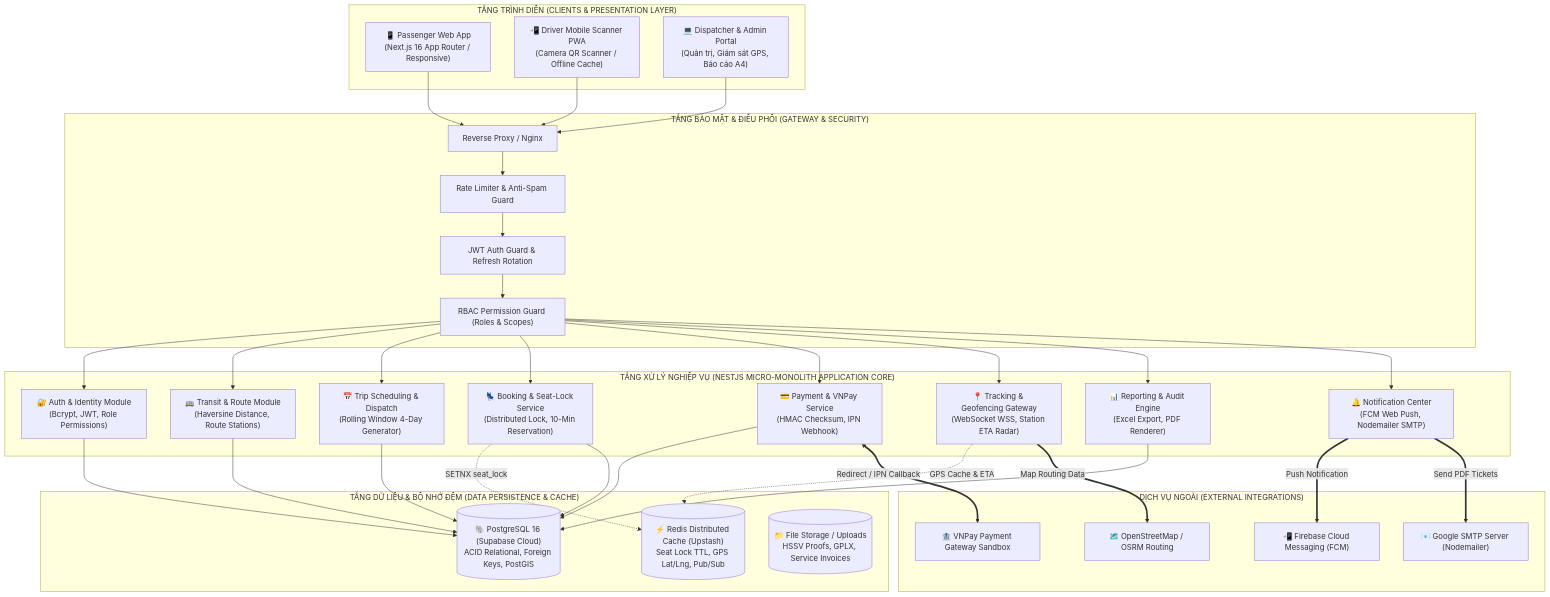
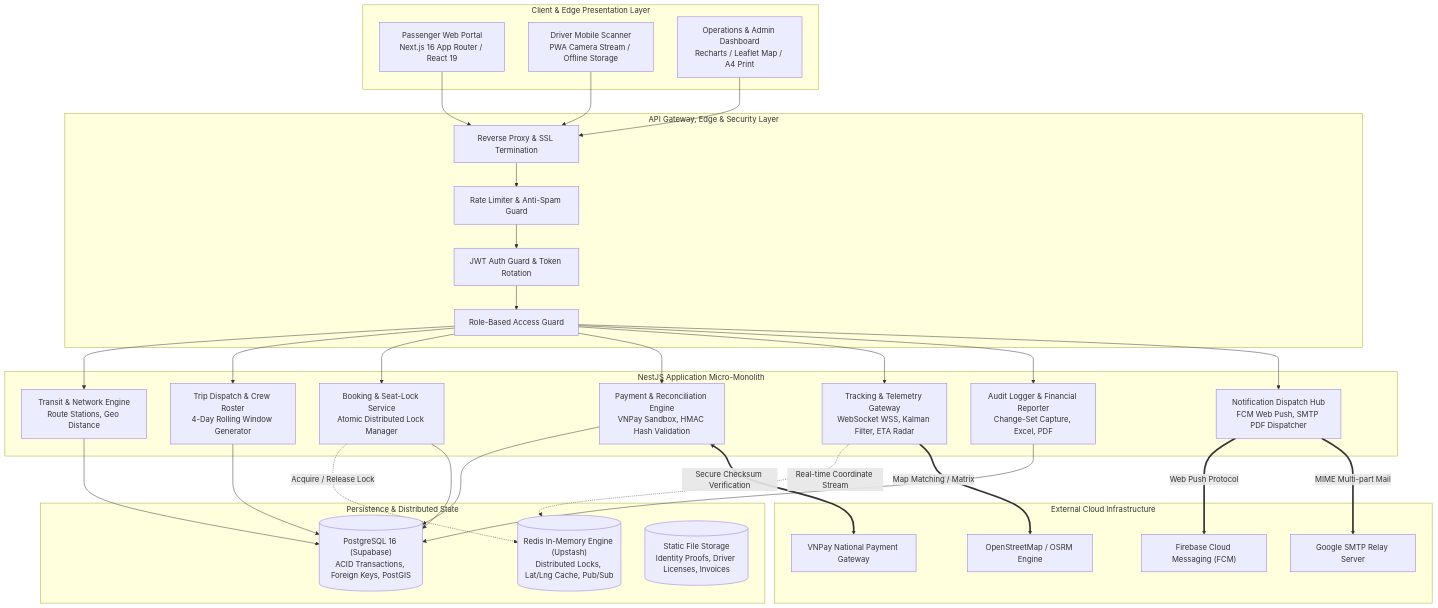
One commit to tubanhoa/QLy_V-_Xe_Bu-t_Th-ng_Minh changed the first of 6 diagrams in README.md. Above: the diagram before and after it, drawn with Mermaid. The commit also changed other lines of this file, not shown here.

Commit message:
docs: standardize README.md with enterprise-grade mathematical specs, C4 diagrams and zero emojis

````diff
--- a/README.md
+++ b/README.md
@@ -48,72 +105,65 @@
 ```mermaid
 graph TB
-    subgraph Presentation_Layer ["TẦNG TRÌNH DIỄN (CLIENTS & PRESENTATION LAYER)"]
-        PassengerApp["📱 Passenger Web App<br/>(Next.js 16 App Router / Responsive)"]
-        DriverApp["📲 Driver Mobile Scanner PWA<br/>(Camera QR Scanner / Offline Cache)"]
-        AdminPortal["💻 Dispatcher & Admin Portal<br/>(Quản trị, Giám sát GPS, Báo cáo A4)"]
+    subgraph Client_Layer ["Client & Edge Presentation Layer"]
+        WebPassenger["Passenger Web Portal<br/>Next.js 16 App Router / React 19"]
+        MobileDriver["Driver Mobile Scanner<br/>PWA Camera Stream / Offline Storage"]
+        AdminConsole["Operations & Admin Dashboard<br/>Recharts / Leaflet Map / A4 Print"]
     end
 
-    subgraph Gateway_Security ["TẦNG BẢO MẬT & ĐIỀU PHỐI (GATEWAY & SECURITY)"]
-        ReverseProxy["Reverse Proxy / Nginx"]
-        RateLimiter["Rate Limiter & Anti-Spam Guard"]
-        JWT_Guard["JWT Auth Guard & Refresh Rotation"]
-        RBAC_Guard["RBAC Permission Guard (Roles & Scopes)"]
+    subgraph Edge_Gateway ["API Gateway, Edge & Security Layer"]
+        NginxProxy["Reverse Proxy & SSL Termination"]
+        ThrottlerGuard["Rate Limiter & Anti-Spam Guard"]
+        JWTAuthenticator["JWT Auth Guard & Token Rotation"]
+        RBACInterceptor["Role-Based Access Guard"]
     end
 
-    subgraph Backend_Core ["TẦNG XỬ LÝ NGHIỆP VỤ (NESTJS MICRO-MONOLITH APPLICATION CORE)"]
-        AuthModule["🔐 Auth & Identity Module<br/>(Bcrypt, JWT, Role Permissions)"]
-        TransitModule["🚌 Transit & Route Module<br/>(Haversine Distance, Route Stations)"]
-        TripsModule["📅 Trip Scheduling & Dispatch<br/>(Rolling Window 4-Day Generator)"]
-        BookingModule["💺 Booking & Seat-Lock Service<br/>(Distributed Lock, 10-Min Reservation)"]
-        PaymentModule["💳 Payment & VNPay Service<br/>(HMAC Checksum, IPN Webhook)"]
-        TrackingModule["📍 Tracking & Geofencing Gateway<br/>(WebSocket WSS, Station ETA Radar)"]
-        ReportModule["📊 Reporting & Audit Engine<br/>(Excel Export, PDF Renderer)"]
-        NotificationModule["🔔 Notification Center<br/>(FCM Web Push, Nodemailer SMTP)"]
+    subgraph Service_Core ["NestJS Application Micro-Monolith"]
+        TransitSvc["Transit & Network Engine<br/>Route Stations, Geo Distance"]
+        TripDispatchSvc["Trip Dispatch & Crew Roster<br/>4-Day Rolling Window Generator"]
+        BookingLockSvc["Booking & Seat-Lock Service<br/>Atomic Distributed Lock Manager"]
+        PaymentSvc["Payment & Reconciliation Engine<br/>VNPay Sandbox, HMAC Hash Validation"]
+        TrackingGateway["Tracking & Telemetry Gateway<br/>WebSocket WSS, Kalman Filter, ETA Radar"]
+        AuditEngine["Audit Logger & Financial Reporter<br/>Change-Set Capture, Excel, PDF"]
+        NotificationHub["Notification Dispatch Hub<br/>FCM Web Push, SMTP PDF Dispatcher"]
     end
 
-    subgraph Data_Storage ["TẦNG DỮ LIỆU & BỘ NHỚ ĐỆM (DATA PERSISTENCE & CACHE)"]
-        PostgresDB[("🐘 PostgreSQL 16 (Supabase Cloud)<br/>ACID Relational, Foreign Keys, PostGIS")]
-        RedisCache[("⚡ Redis Distributed Cache (Upstash)<br/>Seat Lock TTL, GPS Lat/Lng, Pub/Sub")]
-        FileStorage[("📁 File Storage / Uploads<br/>HSSV Proofs, GPLX, Service Invoices")]
+    subgraph Persistence_Cache ["Persistence & Distributed State"]
+        PostgresCluster[("PostgreSQL 16 (Supabase)<br/>ACID Transactions, Foreign Keys, PostGIS")]
+        RedisCluster[("Redis In-Memory Engine (Upstash)<br/>Distributed Locks, Lat/Lng Cache, Pub/Sub")]
+        FileRepository[("Static File Storage<br/>Identity Proofs, Driver Licenses, Invoices")]
     end
 
-    subgraph External_Integrations ["DỊCH VỤ NGOÀI (EXTERNAL INTEGRATIONS)"]
-        VNPay["🏦 VNPay Payment Gateway Sandbox"]
-        FCM["📲 Firebase Cloud Messaging (FCM)"]
-        SMTP["📧 Google SMTP Server (Nodemailer)"]
-        OSRM["🗺️ OpenStreetMap / OSRM Routing"]
+    subgraph External_Services ["External Cloud Infrastructure"]
+        VNPayGateway["VNPay National Payment Gateway"]
+        FirebaseFCM["Firebase Cloud Messaging (FCM)"]
+        SMTPServer["Google SMTP Relay Server"]
+        OSRMEngine["OpenStreetMap / OSRM Engine"]
     end
 
-    %% Presentation to Gateway
-    PassengerApp --> ReverseProxy
-    DriverApp --> ReverseProxy
-    AdminPortal --> ReverseProxy
+    WebPassenger --> NginxProxy
+    MobileDriver --> NginxProxy
+    AdminConsole --> NginxProxy
 
-    ReverseProxy --> RateLimiter --> JWT_Guard --> RBAC_Guard
+    NginxProxy --> ThrottlerGuard --> JWTAuthenticator --> RBACInterceptor
 
-    %% Gateway to Modules
-    RBAC_Guard --> AuthModule
-    RBAC_Guard --> TransitModule
-    RBAC_Guard --> TripsModule
-    RBAC_Guard --> BookingModule
-    RBAC_Guard --> PaymentModule
-    RBAC_Guard --> TrackingModule
-    RBAC_Guard --> ReportModule
-    RBAC_Guard --> NotificationModule
+    RBACInterceptor --> TransitSvc
+    RBACInterceptor --> TripDispatchSvc
+    RBACInterceptor --> BookingLockSvc
+    RBACInterceptor --> PaymentSvc
+    RBACInterceptor --> TrackingGateway
+    RBACInterceptor --> AuditEngine
+    RBACInterceptor --> NotificationHub
 
-    %% Modules to Storage
-    BookingModule -.->|SETNX seat_lock| RedisCache
-    TrackingModule -.->|GPS Cache & ETA| RedisCache
-    AuthModule --> PostgresDB
-    TransitModule --> PostgresDB
-    TripsModule --> PostgresDB
-    BookingModule --> PostgresDB
-    PaymentModule --> PostgresDB
-    ReportModule --> PostgresDB
+    BookingLockSvc -.->|Acquire / Release Lock| RedisCluster
+    TrackingGateway -.->|Real-time Coordinate Stream| RedisCluster
+    TransitSvc --> PostgresCluster
+    TripDispatchSvc --> PostgresCluster
+    BookingLockSvc --> PostgresCluster
+    PaymentSvc --> PostgresCluster
+    AuditEngine --> PostgresCluster
 
-    %% Modules to External
-    PaymentModule <==>|Redirect / IPN Callback| VNPay
-    NotificationModule ==>|Push Notification| FCM
-    NotificationModule ==>|Send PDF Tickets| SMTP
-    TrackingModule ==>|Map Routing Data| OSRM
+    PaymentSvc <==>|Secure Checksum Verification| VNPayGateway
+    NotificationHub ==>|Web Push Protocol| FirebaseFCM
+    NotificationHub ==>|MIME Multi-part Mail| SMTPServer
+    TrackingGateway ==>|Map Matching / Matrix| OSRMEngine
 ```
````
